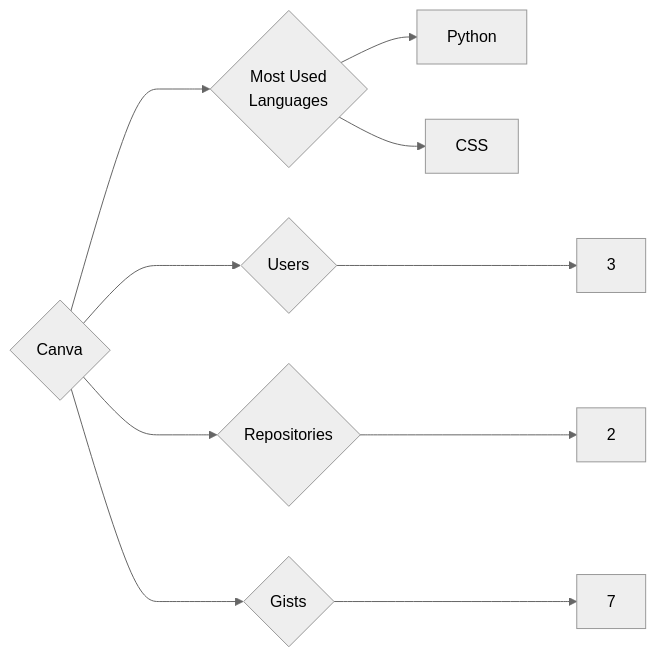
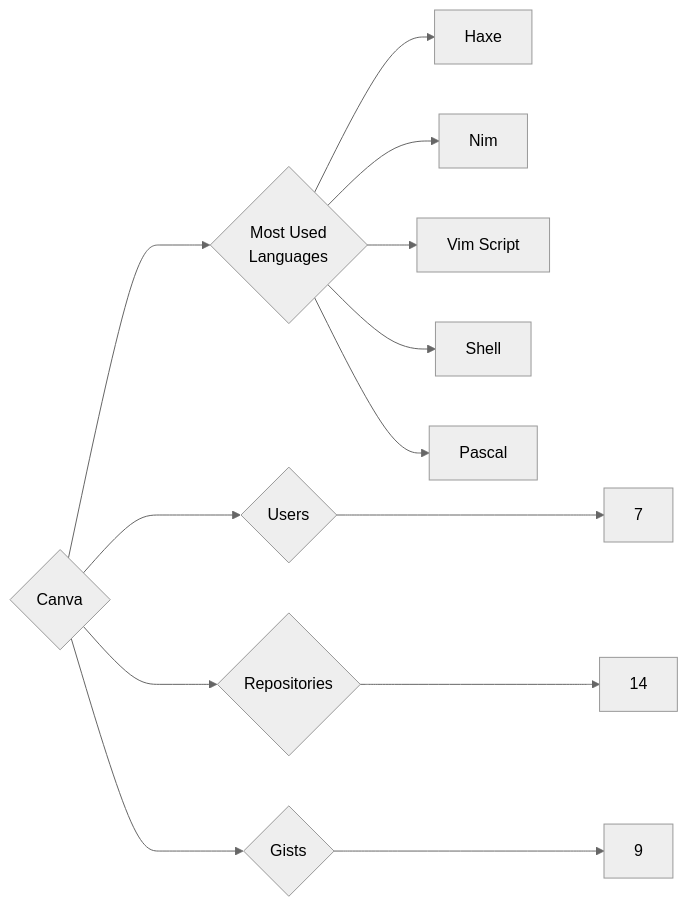
The diagram in targets/Canva/README.md (trickest/insiders), drawn with Mermaid (neutral theme) before and after one commit. The commit also changed 1078 other files, not shown here.

````diff
--- a/targets/Canva/README.md
+++ b/targets/Canva/README.md
@@ -3,10 +3,13 @@
 ```mermaid
 graph LR
 COMPANY_NAME{Canva}
-COMPANY_NAME ---> U{Users} ---> UN[3]
-COMPANY_NAME ---> R{Repositories} ---> RN[2]
-COMPANY_NAME ---> G{Gists} ---> GN[7]
+COMPANY_NAME ---> U{Users} ---> UN[7]
+COMPANY_NAME ---> R{Repositories} ---> RN[14]
+COMPANY_NAME ---> G{Gists} ---> GN[9]
 COMPANY_NAME ---> ML{Most Used<br>Languages}
-ML --> Python[Python]
-ML --> CSS[CSS]
+ML --> Haxe[Haxe]
+ML --> Nim[Nim]
+ML --> Vim_Script[Vim Script]
+ML --> Shell[Shell]
+ML --> Pascal[Pascal]
 ```
````
